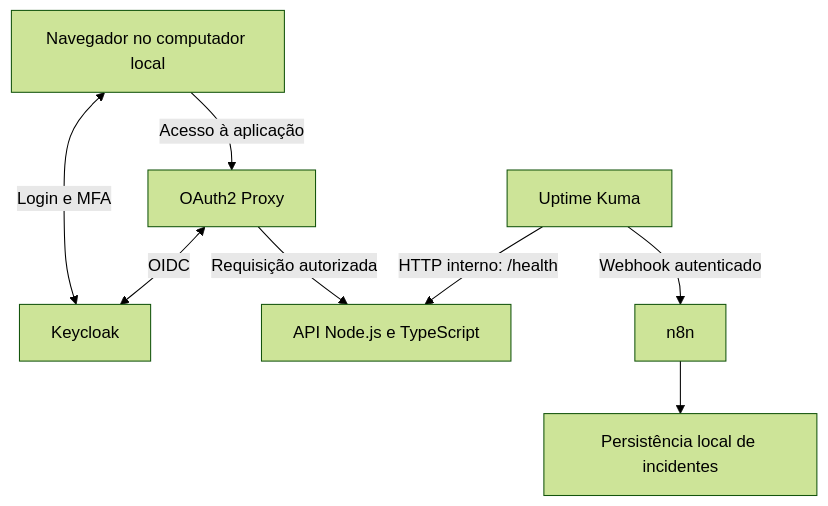
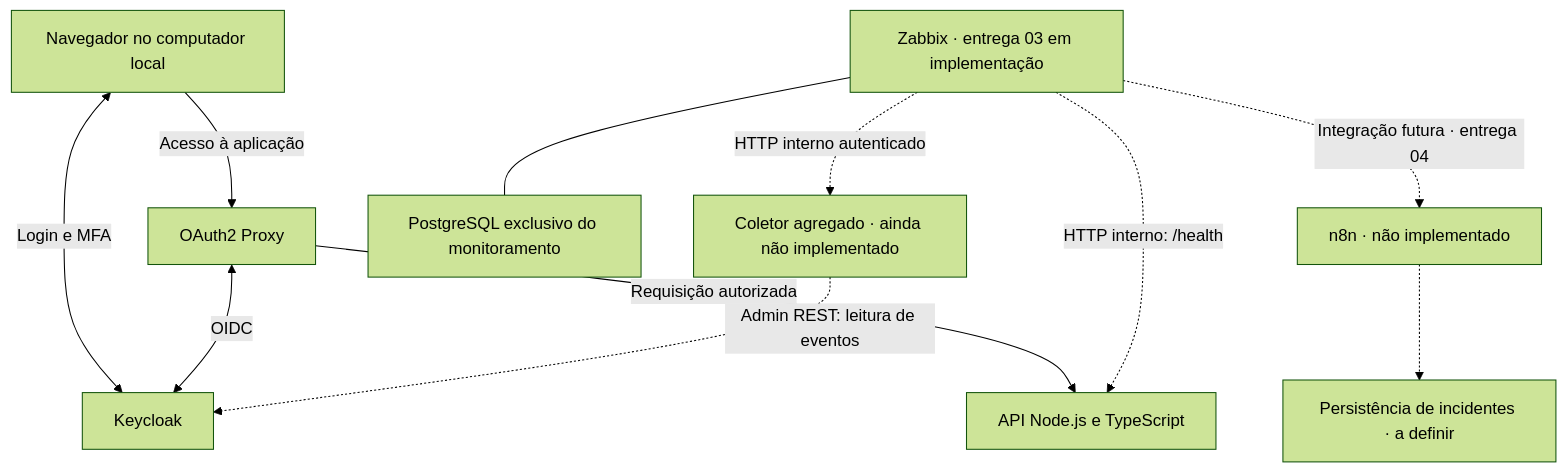
The diagram in docs/architecture.md (analiceleite/secure_ops_lab), drawn with Mermaid (forest theme) before and after one commit. The commit also changed other lines of this file and 12 other files, not shown here.

Commit message:
feat: iniciar monitoramento Zabbix com infraestrutura local restrita

````diff
--- a/docs/architecture.md
+++ b/docs/architecture.md
@@ -15,11 +15,14 @@
 ```mermaid
 flowchart TD
     user[Navegador no computador local]
     user -->|Acesso à aplicação| proxy[OAuth2 Proxy]
     user <-->|Login e MFA| keycloak[Keycloak]
     proxy <-->|OIDC| keycloak
     proxy -->|Requisição autorizada| api[API Node.js e TypeScript]
-    kuma[Uptime Kuma] -->|HTTP interno: /health| api
-    kuma -->|Webhook autenticado| n8n[n8n]
-    n8n --> store[Persistência local de incidentes]
+    zabbix[Zabbix · entrega 03 em implementação] -.->|HTTP interno: /health| api
+    collector[Coletor agregado · ainda não implementado] -.->|Admin REST: leitura de eventos| keycloak
+    zabbix -.->|HTTP interno autenticado| collector
+    zabbix --- db[PostgreSQL exclusivo do monitoramento]
+    zabbix -.->|Integração futura · entrega 04| n8n[n8n · não implementado]
+    n8n -.-> store[Persistência de incidentes · a definir]
 ```
````
